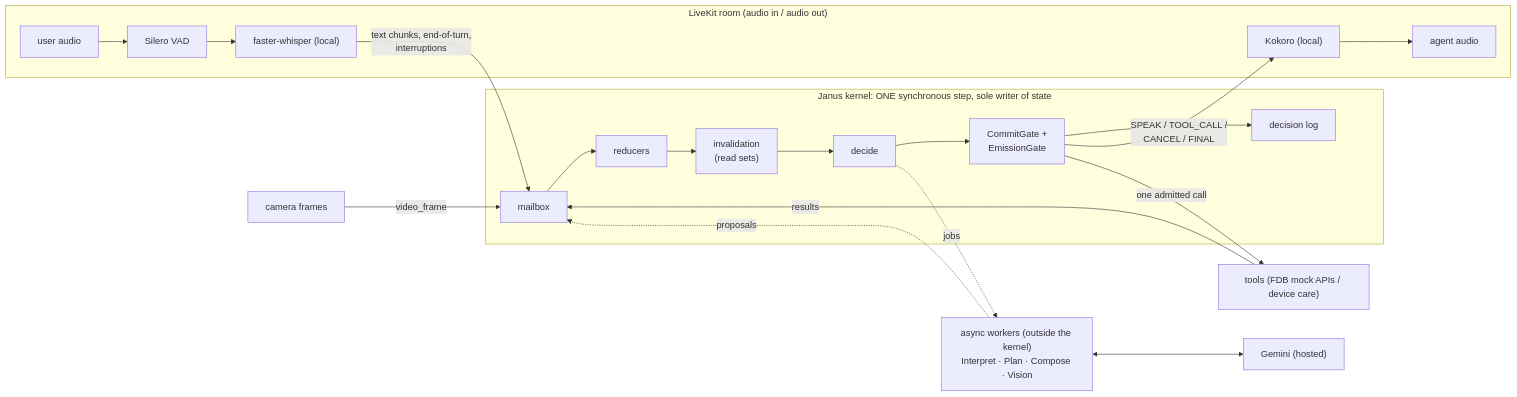
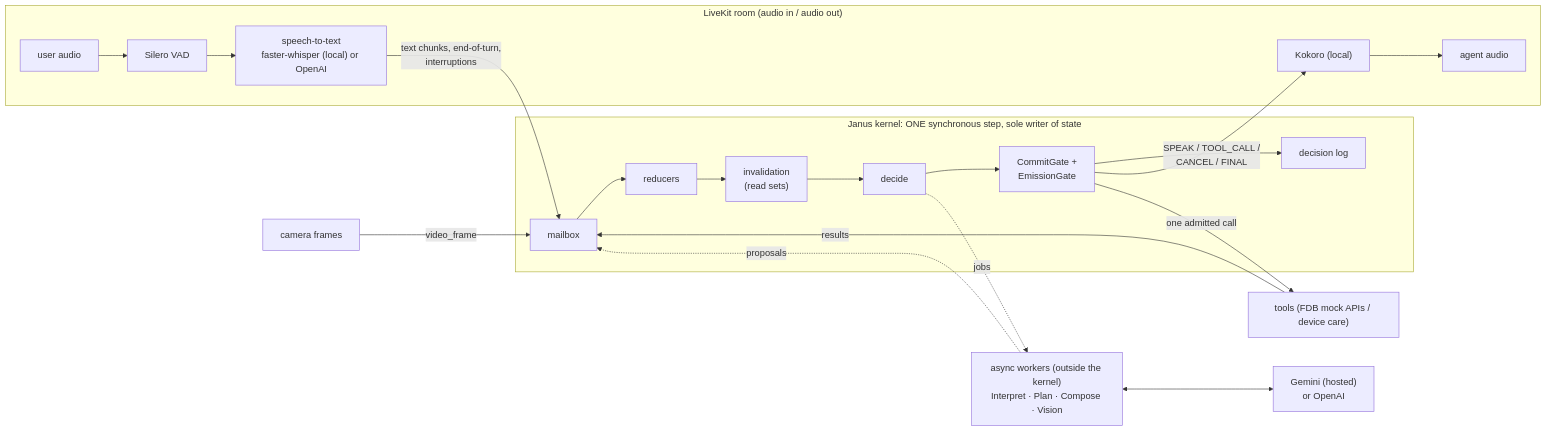
The diagram in README.md (AdithyaSanthosh-P/Janus), drawn with Mermaid before and after one commit.

Commit message:
docs(readme): diagram names both speech-to-text and model options

````diff
--- a/README.md
+++ b/README.md
@@ -39,18 +39,18 @@
 ```mermaid
 flowchart LR
   subgraph Host["LiveKit room (audio in / audio out)"]
-    MIC["user audio"] --> VAD["Silero VAD"] --> STT["faster-whisper (local)"]
+    MIC["user audio"] --> VAD["Silero VAD"] --> STT["speech-to-text<br/>faster-whisper (local) or OpenAI"]
     TTS["Kokoro (local)"] --> SPK["agent audio"]
   end
   STT -->|"text chunks, end-of-turn,<br/>interruptions"| MBX
   subgraph Kernel["Janus kernel: ONE synchronous step, sole writer of state"]
     MBX["mailbox"] --> RED["reducers"] --> INV["invalidation<br/>(read sets)"] --> DEC["decide"] --> GATE["CommitGate +<br/>EmissionGate"] --> LOG["decision log"]
   end
   DEC -. "jobs" .-> W
   W["async workers (outside the kernel)<br/>Interpret · Plan · Compose · Vision"] -. "proposals" .-> MBX
-  W <--> LLM["Gemini (hosted)"]
+  W <--> LLM["Gemini (hosted)<br/>or OpenAI"]
   GATE -->|"SPEAK / TOOL_CALL /<br/>CANCEL / FINAL"| TTS
   GATE -->|"one admitted call"| TOOLS["tools (FDB mock APIs / device care)"]
   TOOLS -->|"results"| MBX
   CAM["camera frames"] -->|"video_frame"| MBX
 ```
````
